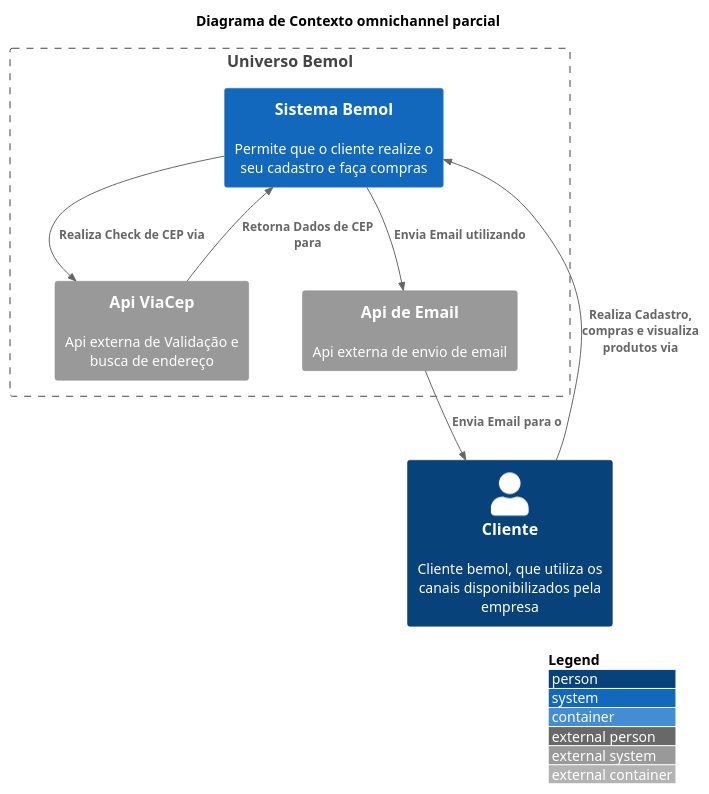
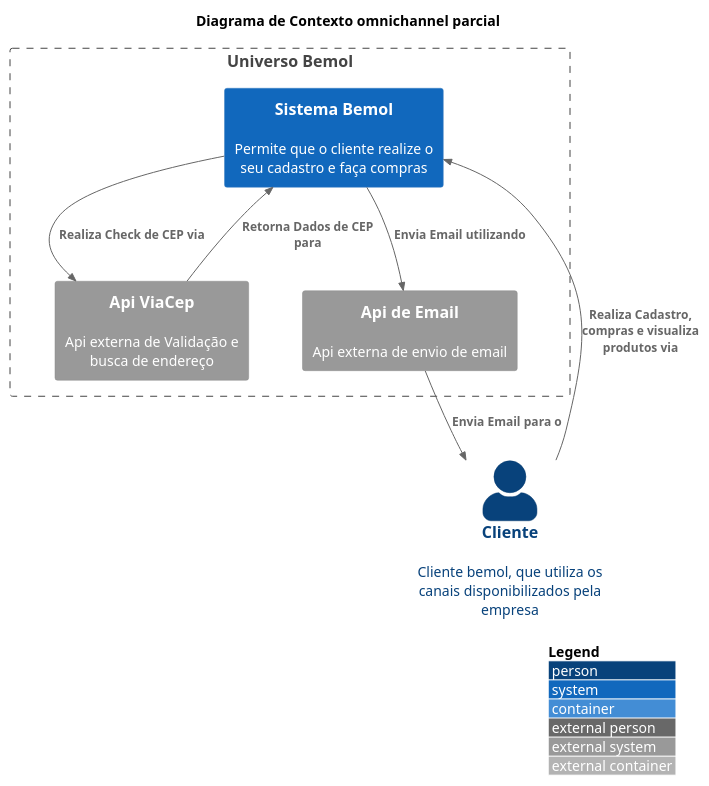
One commit to CavalheiroCosta/DTBemolDigital changed the diagram in Documentation/C4ContextDiagram.puml. Above: the diagram before and after it, drawn with PlantUML.

Commit message:
fix(C4ContextDiagram): Update diagram

```diff
--- a/Documentation/C4ContextDiagram.puml
+++ b/Documentation/C4ContextDiagram.puml
@@ -1,23 +1,23 @@
 @startuml
 !include https://raw.githubusercontent.com/plantuml-stdlib/C4-PlantUML/master/C4_Container.puml
 
 title Diagrama de Contexto omnichannel parcial
 LAYOUT_WITH_LEGEND()
+SHOW_PERSON_PORTRAIT()
 
 Person(cliente, "Cliente", "Cliente bemol, que utiliza os canais disponibilizados pela empresa")
 
 Boundary(boundary, "Universo Bemol"){
-    'Sistemas externos'
     System_Ext(EmailApi, "Api de Email", "Api externa de envio de email")
     System_Ext(ViaCepApi, "Api ViaCep", "Api externa de Validação e busca de endereço")
 
     System(sistemaBemol, "Sistema Bemol", "Permite que o cliente realize o seu cadastro e faça compras")
 }
 
 Rel(cliente, sistemaBemol, "Realiza Cadastro, compras e visualiza produtos via")
 Rel(sistemaBemol, EmailApi, "Envia Email utilizando")
 Rel(EmailApi, cliente, "Envia Email para o")
 Rel(sistemaBemol, ViaCepApi, "Realiza Check de CEP via")
 Rel(ViaCepApi, sistemaBemol, "Retorna Dados de CEP para")
 
 @enduml
```
